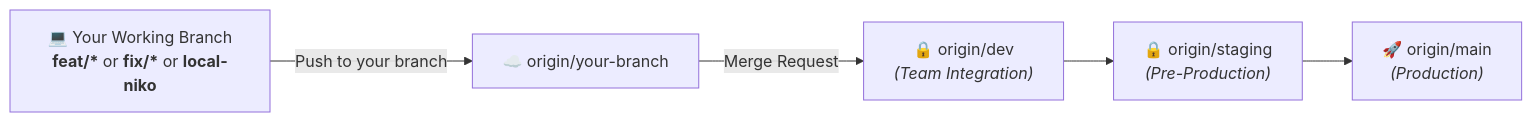
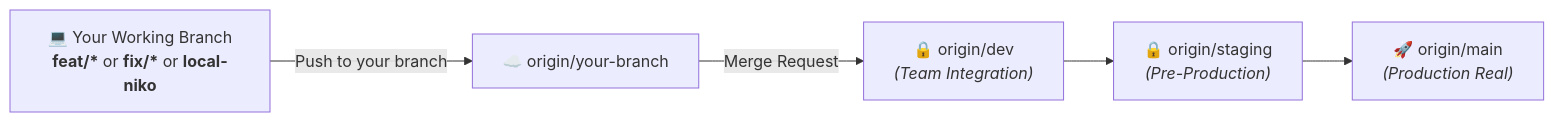
The first of 2 diagrams in README.md (marioscience/tommy-h), drawn with Mermaid before and after one commit. The commit also changed other lines of this file, not shown here.

````diff
--- a/README.md
+++ b/README.md
@@ -86,7 +115,7 @@
 ```mermaid
 flowchart LR
     DevBranch["💻 Your Working Branch<br/><b>feat/*</b> or <b>fix/*</b> or <b>local-niko</b>"] -->|Push to your branch| RemoteBranch["☁️ origin/your-branch"]
     RemoteBranch -->|Merge Request| Dev["🔒 origin/dev<br/><i>(Team Integration)</i>"]
     Dev --> Staging["🔒 origin/staging<br/><i>(Pre-Production)</i>"]
-    Staging --> Main["🚀 origin/main<br/><i>(Production)</i>"]
+    Staging --> Main["🚀 origin/main<br/><i>(Production Real)</i>"]
 ```
````
